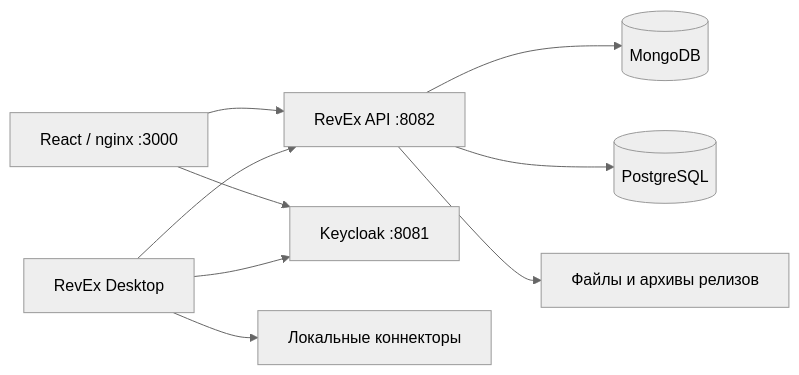
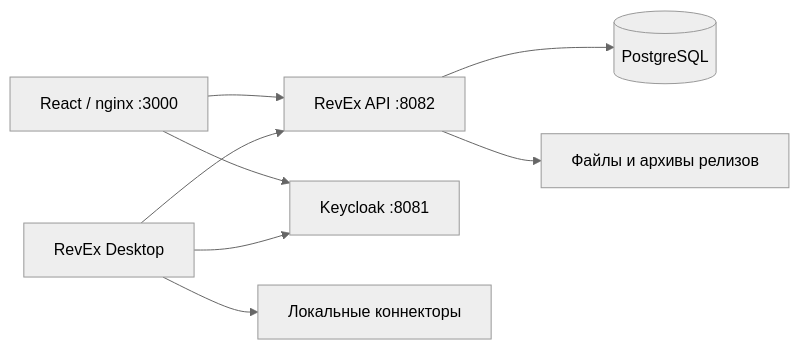
Before and after one commit to DenisFazlul/RevEx.Web: the diagram in docs/ARCHITECTURE.md, drawn with Mermaid (neutral theme). The commit also changed other lines of this file and 52 other files, not shown here.

````diff
--- a/docs/ARCHITECTURE.md
+++ b/docs/ARCHITECTURE.md
@@ -5,11 +5,10 @@
 ```mermaid
 flowchart LR
     Web[React / nginx :3000] --> API[RevEx API :8082]
     Desktop[RevEx Desktop] --> API
     Web --> KC[Keycloak :8081]
     Desktop --> KC
-    API --> Mongo[(MongoDB)]
     API --> Pg[(PostgreSQL)]
     API --> Files[Файлы и архивы релизов]
     Desktop --> Local[Локальные коннекторы]
 ```
````
